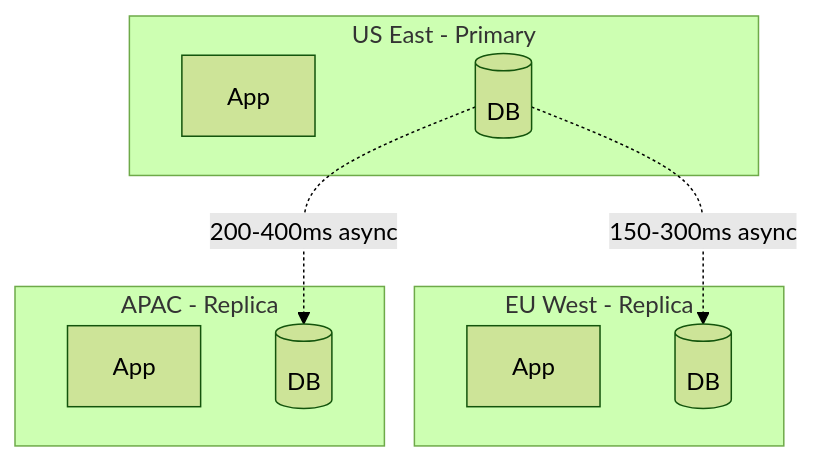
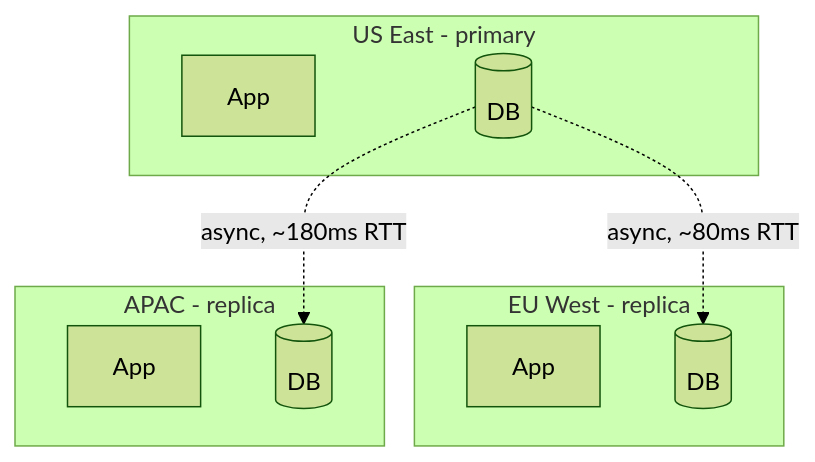
The first of 5 diagrams in advanced/02-multi-region-replication.md (mohllal/system-design-interview-prep), drawn with Mermaid (forest theme) before and after one commit. The commit also changed other lines of this file and 6 other files, not shown here.

````diff
--- a/advanced/02-multi-region-replication.md
+++ b/advanced/02-multi-region-replication.md
@@ -37,20 +48,20 @@
 ```mermaid
 graph TB
-    subgraph US[US East - Primary]
+    subgraph US[US East - primary]
         US_APP[App]
         US_DB[(DB)]
     end
 
-    subgraph EU[EU West - Replica]
+    subgraph EU[EU West - replica]
         EU_APP[App]
         EU_DB[(DB)]
     end
 
-    subgraph APAC[APAC - Replica]
+    subgraph APAC[APAC - replica]
         APAC_APP[App]
         APAC_DB[(DB)]
     end
 
-    US_DB -.->|150-300ms async| EU_DB
-    US_DB -.->|200-400ms async| APAC_DB
+    US_DB -.->|async, ~80ms RTT| EU_DB
+    US_DB -.->|async, ~180ms RTT| APAC_DB
 ```
````
